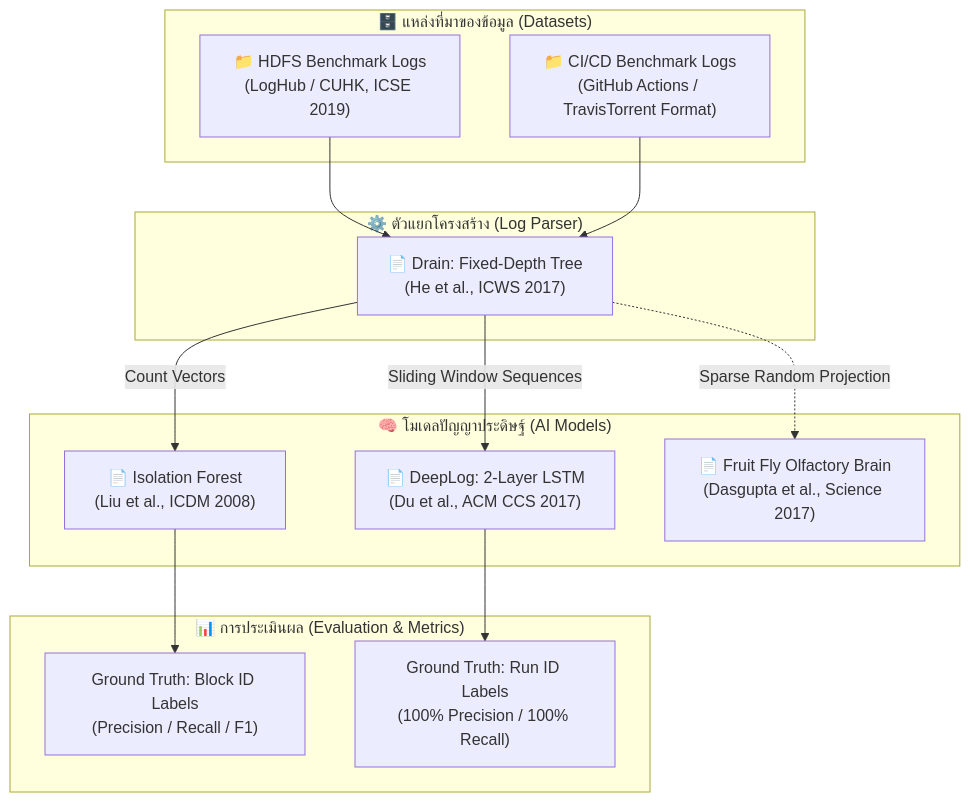
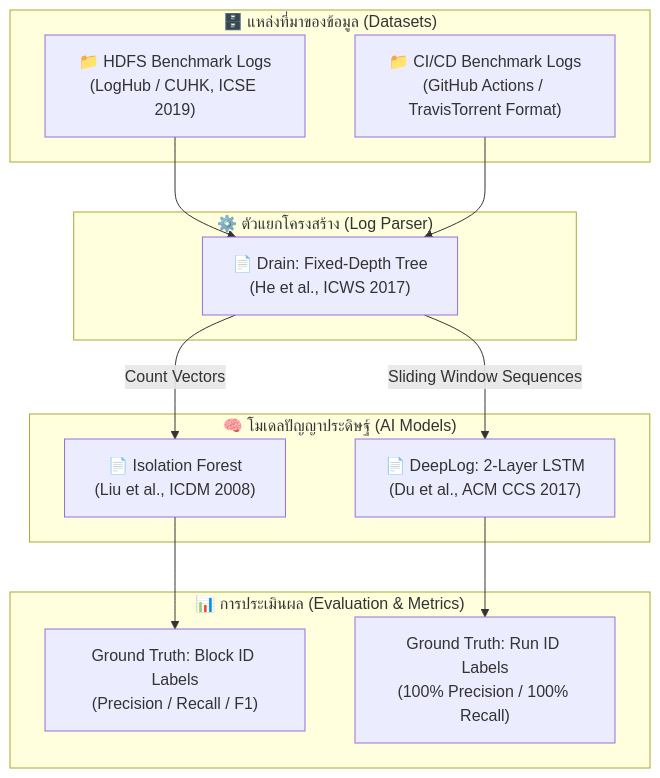
The diagram in RESEARCH_AND_DATASET_REFERENCES.md (kora-ora/LogWatchdog), drawn with Mermaid before and after one commit. The commit also changed other lines of this file and 49 other files, not shown here.

````diff
--- a/RESEARCH_AND_DATASET_REFERENCES.md
+++ b/RESEARCH_AND_DATASET_REFERENCES.md
@@ -12,32 +12,30 @@
 ```mermaid
 flowchart TD
     subgraph DataSources["🗄️ แหล่งที่มาของข้อมูล (Datasets)"]
         D_HDFS["📁 HDFS Benchmark Logs<br/>(LogHub / CUHK, ICSE 2019)"]
         D_CICD["📁 CI/CD Benchmark Logs<br/>(GitHub Actions / TravisTorrent Format)"]
     end
 
     subgraph LogParsing["⚙️ ตัวแยกโครงสร้าง (Log Parser)"]
         P_Drain["📄 Drain: Fixed-Depth Tree<br/>(He et al., ICWS 2017)"]
     end
 
     subgraph ML_DL_Models["🧠 โมเดลปัญญาประดิษฐ์ (AI Models)"]
         M_iForest["📄 Isolation Forest<br/>(Liu et al., ICDM 2008)"]
         M_DeepLog["📄 DeepLog: 2-Layer LSTM<br/>(Du et al., ACM CCS 2017)"]
-        M_Fly["📄 Fruit Fly Olfactory Brain<br/>(Dasgupta et al., Science 2017)"]
     end
 
     subgraph Evaluation["📊 การประเมินผล (Evaluation & Metrics)"]
         Eval_HDFS["Ground Truth: Block ID Labels<br/>(Precision / Recall / F1)"]
         Eval_CICD["Ground Truth: Run ID Labels<br/>(100% Precision / 100% Recall)"]
     end
 
     D_HDFS --> P_Drain
     D_CICD --> P_Drain
 
     P_Drain -->|"Count Vectors"| M_iForest
     P_Drain -->|"Sliding Window Sequences"| M_DeepLog
-    P_Drain -.->|"Sparse Random Projection"| M_Fly
 
     M_iForest --> Eval_HDFS
     M_DeepLog --> Eval_CICD
 ```
````
